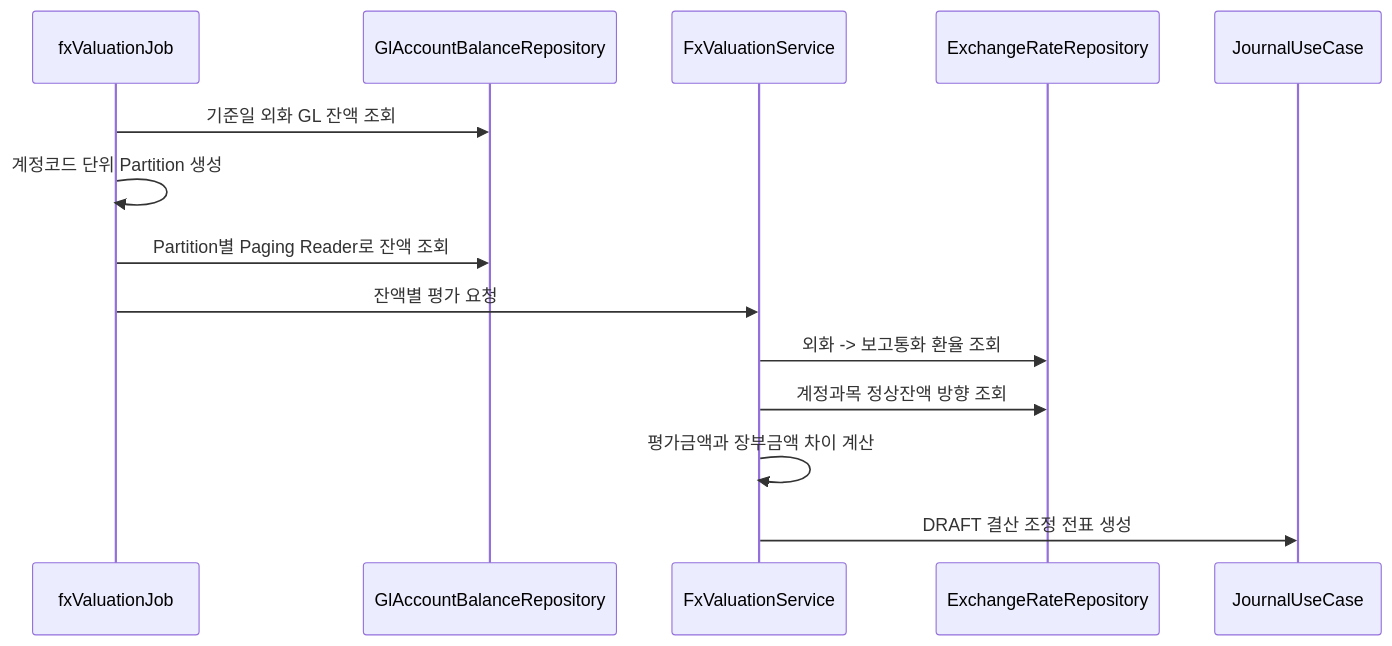
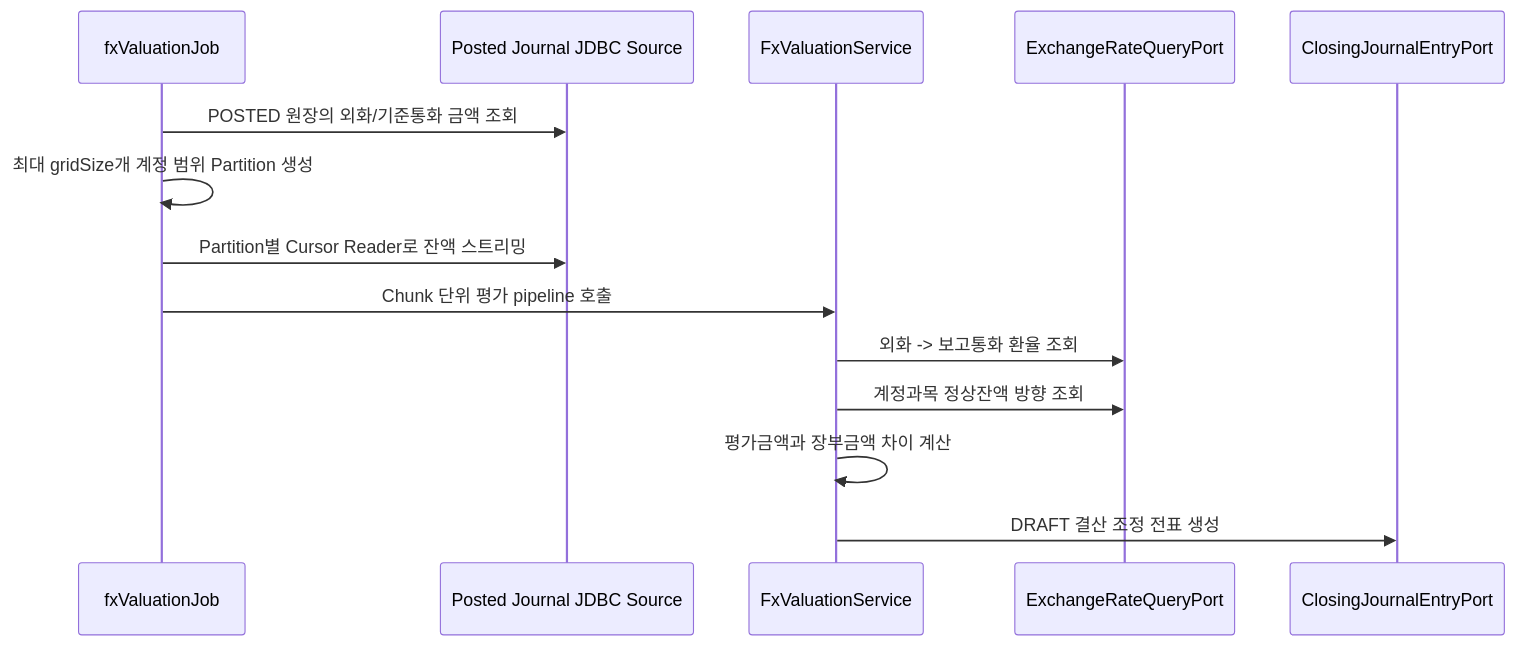
Before and after one commit to skyg547/account: the third of 4 diagrams in closing/docs/process-flow.md, drawn with Mermaid. The commit also changed other lines of this file and 80 other files, not shown here.

````diff
--- a/closing/docs/process-flow.md
+++ b/closing/docs/process-flow.md
@@ -61,17 +63,17 @@
 ```mermaid
 sequenceDiagram
     participant Job as fxValuationJob
-    participant GL as GlAccountBalanceRepository
+    participant GL as Posted Journal JDBC Source
     participant FX as FxValuationService
-    participant MD as ExchangeRateRepository
-    participant JL as JournalUseCase
+    participant MD as ExchangeRateQueryPort
+    participant JL as ClosingJournalEntryPort
 
-    Job->>GL: 기준일 외화 GL 잔액 조회
-    Job->>Job: 계정코드 단위 Partition 생성
-    Job->>GL: Partition별 Paging Reader로 잔액 조회
-    Job->>FX: 잔액별 평가 요청
+    Job->>GL: POSTED 원장의 외화/기준통화 금액 조회
+    Job->>Job: 최대 gridSize개 계정 범위 Partition 생성
+    Job->>GL: Partition별 Cursor Reader로 잔액 스트리밍
+    Job->>FX: Chunk 단위 평가 pipeline 호출
     FX->>MD: 외화 -> 보고통화 환율 조회
     FX->>MD: 계정과목 정상잔액 방향 조회
     FX->>FX: 평가금액과 장부금액 차이 계산
     FX->>JL: DRAFT 결산 조정 전표 생성
 ```
````
